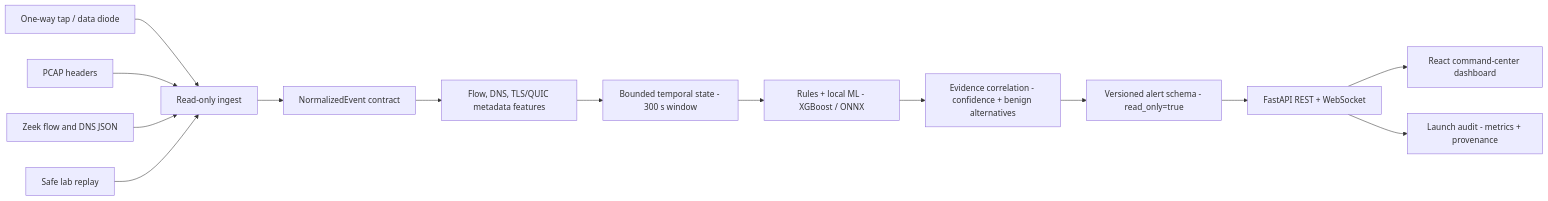
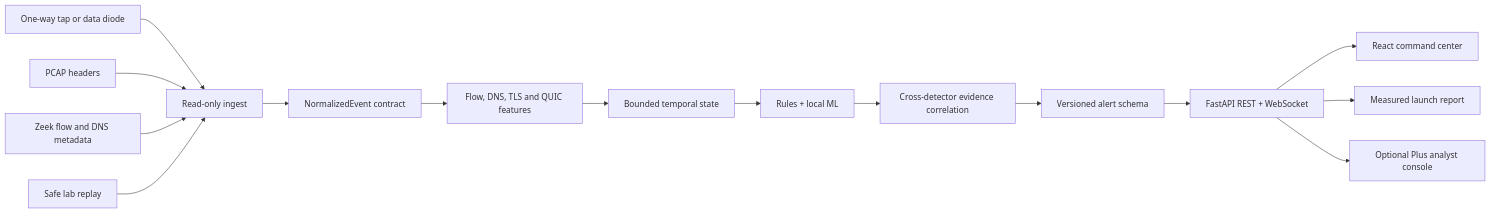
One commit to soumoditt-source/NETSENTINELS-SIH-2026 changed the diagram in README.md. Above: the diagram before and after it, drawn with Mermaid. The commit also changed other lines of this file and 9 other files, not shown here.

````diff
--- a/README.md
+++ b/README.md
@@ -63,16 +141,17 @@
 ```mermaid
 flowchart LR
-  tap["One-way tap / data diode"] --> ingest["Read-only ingest"]
+  tap["One-way tap or data diode"] --> ingest["Read-only ingest"]
   pcap["PCAP headers"] --> ingest
-  zeek["Zeek flow and DNS JSON"] --> ingest
+  zeek["Zeek flow and DNS metadata"] --> ingest
   replay["Safe lab replay"] --> ingest
-  ingest --> normalize["NormalizedEvent contract"]
-  normalize --> features["Flow, DNS, TLS/QUIC metadata features"]
-  features --> state["Bounded temporal state - 300 s window"]
-   state --> detectors["Rules + local ML - XGBoost / ONNX"]
-  detectors --> correlate["Evidence correlation - confidence + benign alternatives"]
-  correlate --> alert["Versioned alert schema - read_only=true"]
+  ingest --> event["NormalizedEvent contract"]
+  event --> feature["Flow, DNS, TLS and QUIC features"]
+  feature --> window["Bounded temporal state"]
+  window --> detector["Rules + local ML"]
+  detector --> correlate["Cross-detector evidence correlation"]
+  correlate --> alert["Versioned alert schema"]
   alert --> api["FastAPI REST + WebSocket"]
-  api --> dashboard["React command-center dashboard"]
-  api --> report["Launch audit - metrics + provenance"]
+  api --> dashboard["React command center"]
+  api --> report["Measured launch report"]
+  api --> sidecar["Optional Plus analyst console"]
 ```
````
